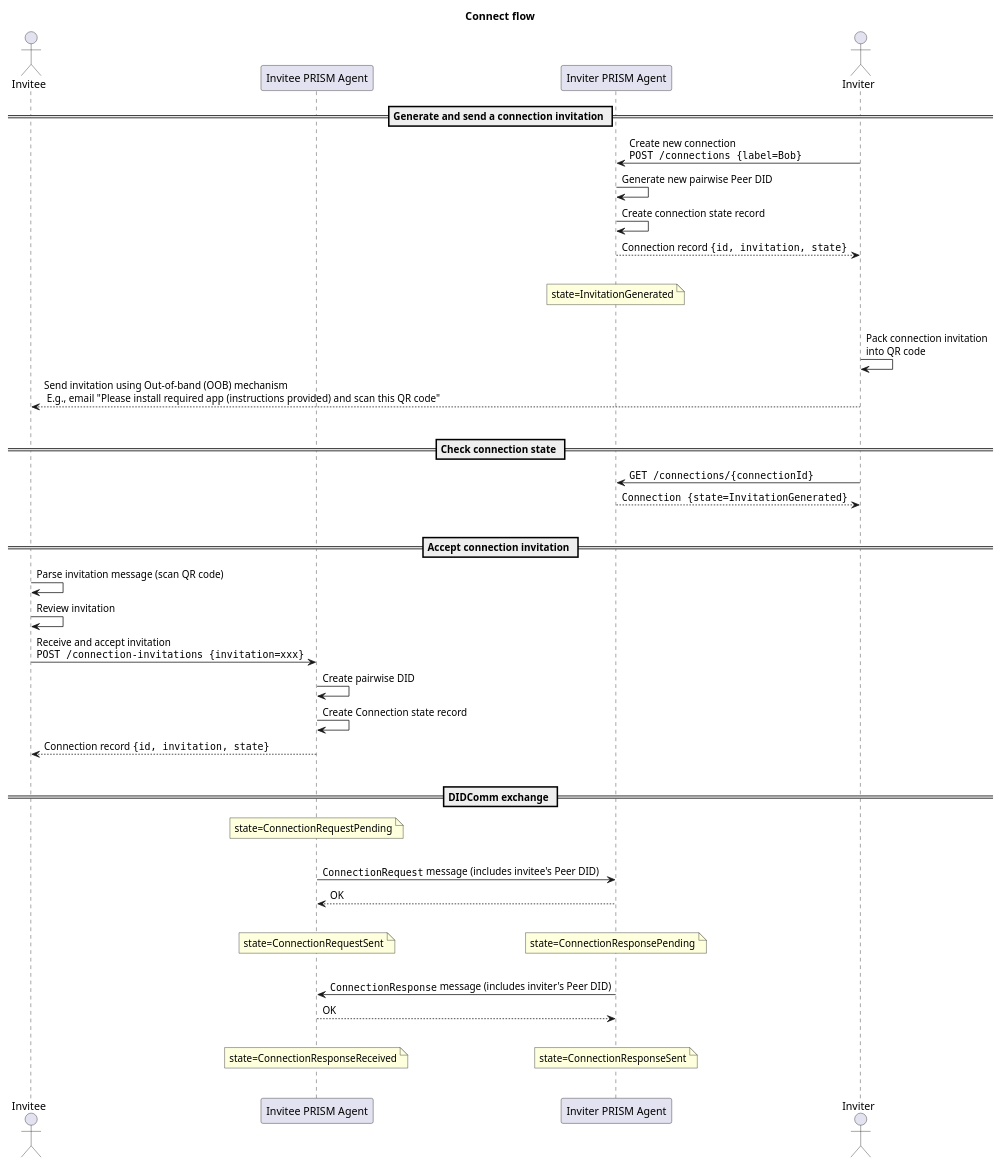
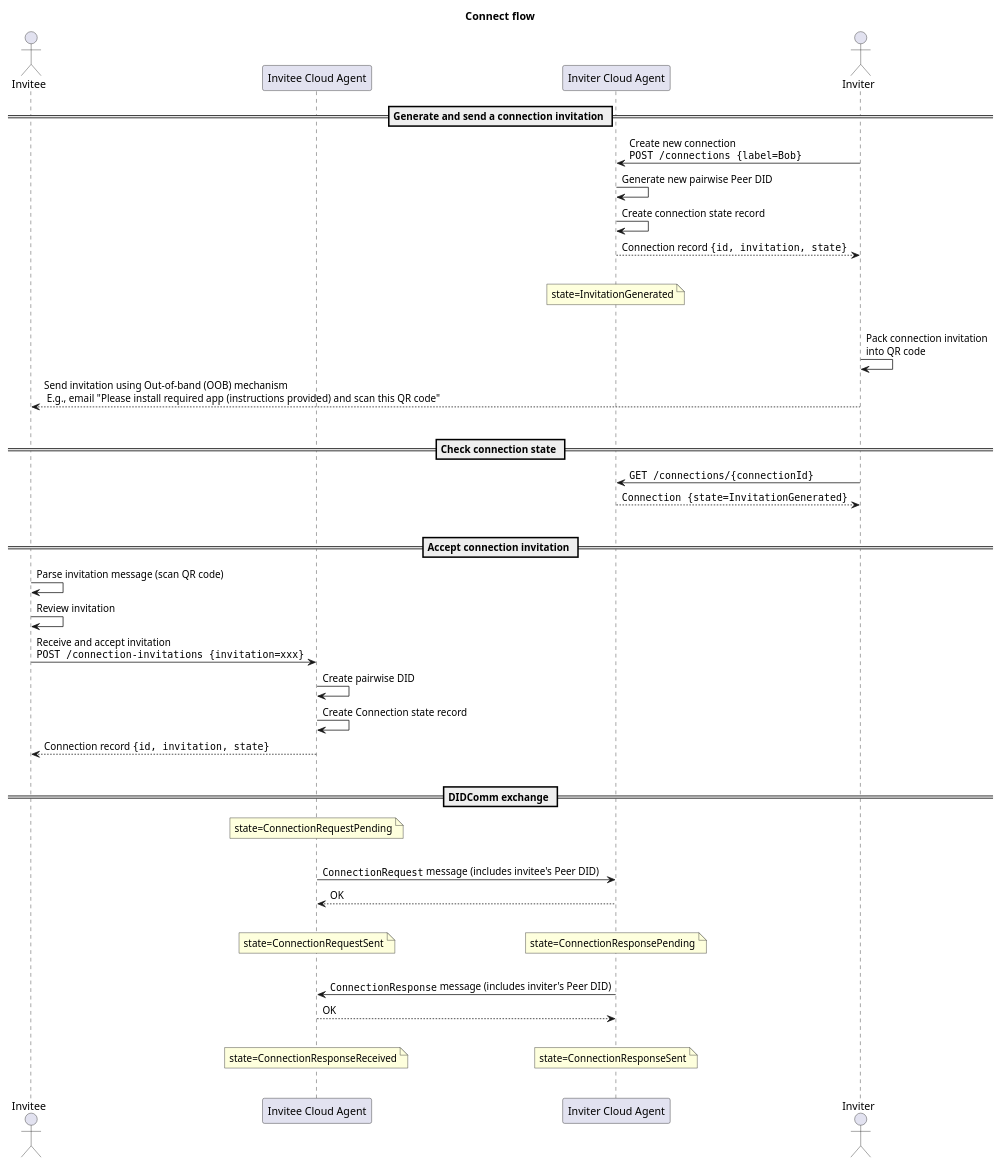
The diagram in docs/docusaurus/connections/connection-flow.puml (hyperledger/identus-cloud-agent), drawn with PlantUML before and after one commit. The commit also changed 31 other files, not shown here.

Commit message:
docs: update the references to the Cloud Agent in the documentation

```diff
--- a/docs/docusaurus/connections/connection-flow.puml
+++ b/docs/docusaurus/connections/connection-flow.puml
@@ -1,51 +1,51 @@
 @startuml
 title Connect flow
 
 actor Invitee as invitee
-participant "Invitee PRISM Agent" as inviteeAgent
-participant "Inviter PRISM Agent" as inviterAgent
+participant "Invitee Cloud Agent" as inviteeAgent
+participant "Inviter Cloud Agent" as inviterAgent
 actor Inviter as inviter
 
 == Generate and send a connection invitation ==
 inviter -> inviterAgent: Create new connection\n""POST /connections {label=Bob}""
 inviterAgent -> inviterAgent: Generate new pairwise Peer DID
 inviterAgent -> inviterAgent: Create connection state record
 inviterAgent --> inviter: Connection record ""{id, invitation, state}""
 |||
 note over inviterAgent: state=InvitationGenerated
 |||
 inviter -> inviter: Pack connection invitation\ninto QR code
 inviter --> invitee: Send invitation using Out-of-band (OOB) mechanism\n E.g., email "Please install required app (instructions provided) and scan this QR code"
 |||
 
 == Check connection state ==
 inviter -> inviterAgent: ""GET /connections/{connectionId}""
 inviterAgent --> inviter: ""Connection {state=InvitationGenerated}""
 |||
 
 == Accept connection invitation ==
 invitee -> invitee: Parse invitation message (scan QR code)
 invitee -> invitee: Review invitation
 invitee -> inviteeAgent: Receive and accept invitation\n""POST /connection-invitations {invitation=xxx}""
 inviteeAgent -> inviteeAgent: Create pairwise DID
 inviteeAgent -> inviteeAgent: Create Connection state record
 inviteeAgent --> invitee: Connection record ""{id, invitation, state}""
 |||
 
 == DIDComm exchange ==
 note over inviteeAgent: state=ConnectionRequestPending
 |||
 inviteeAgent -> inviterAgent: ""ConnectionRequest"" message (includes invitee's Peer DID)
 inviterAgent --> inviteeAgent: OK
 |||
 note over inviteeAgent: state=ConnectionRequestSent
 / note over inviterAgent: state=ConnectionResponsePending
 |||
 inviterAgent -> inviteeAgent: ""ConnectionResponse"" message (includes inviter's Peer DID)
 inviteeAgent --> inviterAgent: OK
 |||
 note over inviteeAgent: state=ConnectionResponseReceived
 / note over inviterAgent: state=ConnectionResponseSent
 |||
 
 @enduml
```
